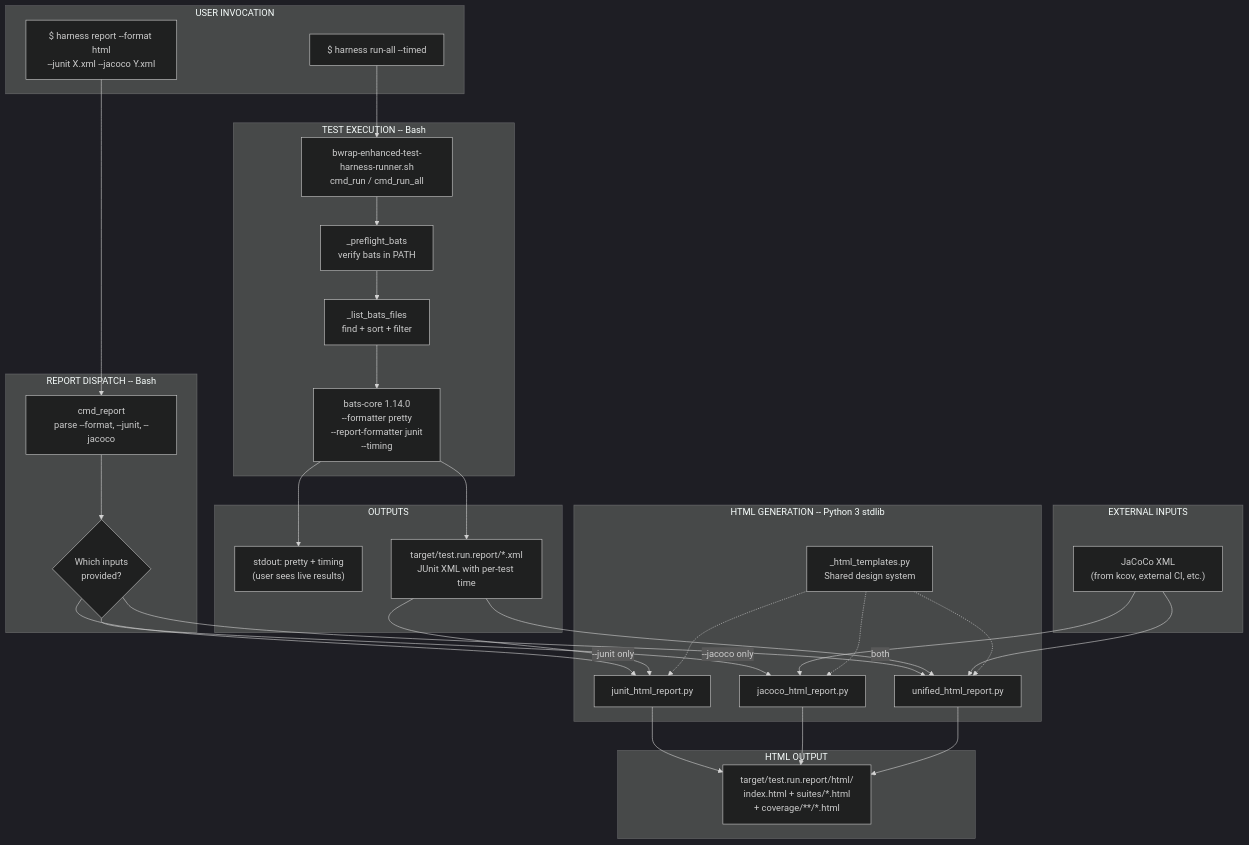
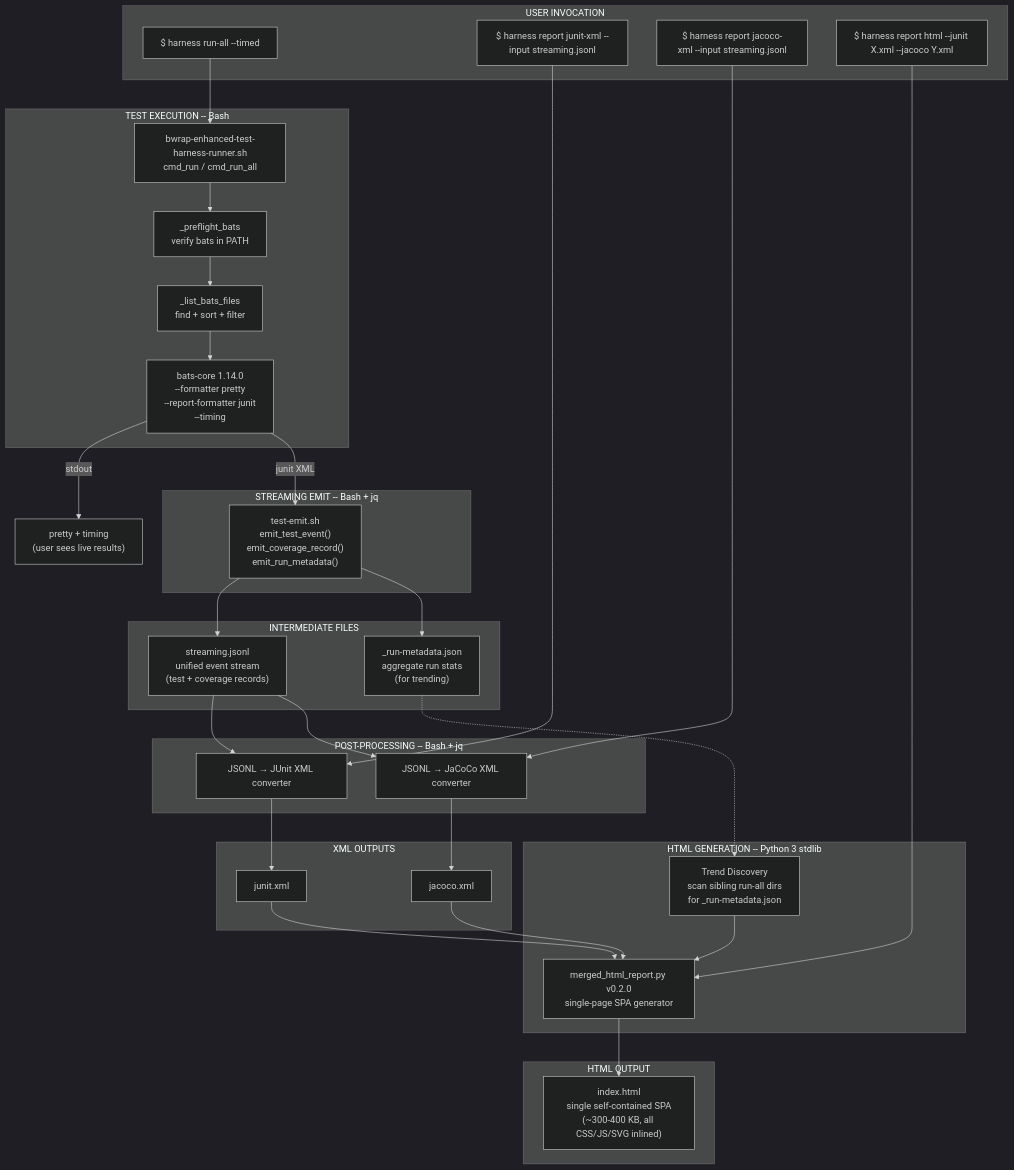
The fifth of 6 diagrams in PROJECT_HOME/docs/architecture-design-features-specs/bwrap-enhanced-architecture-design-features-specs/BwrapEnhanced2026.strat/FormalTestObservability.driv/UnifiedStructuredTestReporting.moti/TestHarnessSystem.sys/20260831-225530-034851-7a99-aba2-733798cb5a23-TestHarnessSystem.sys-0.0.1.md (hanasaki/hanaden-bwrap-enhanced), drawn with Mermaid (dark theme) before and after one commit. The commit also changed other lines of this file and 7 other files, not shown here.

````diff
--- a/PROJECT_HOME/docs/architecture-design-features-specs/bwrap-enhanced-architecture-design-features-specs/BwrapEnhanced2026.strat/FormalTestObservability.driv/UnifiedStructuredTestReporting.moti/TestHarnessSystem.sys/20260831-225530-034851-7a99-aba2-733798cb5a23-TestHarnessSystem.sys-0.0.1.md
+++ b/PROJECT_HOME/docs/architecture-design-features-specs/bwrap-enhanced-architecture-design-features-specs/BwrapEnhanced2026.strat/FormalTestObservability.driv/UnifiedStructuredTestReporting.moti/TestHarnessSystem.sys/20260831-225530-034851-7a99-aba2-733798cb5a23-TestHarnessSystem.sys-0.0.1.md
@@ -456,62 +469,63 @@
 ```mermaid
 flowchart TD
     subgraph "USER INVOCATION"
         U1["$ harness run-all --timed"]
-        U2["$ harness report --format html<br/>--junit X.xml --jacoco Y.xml"]
+        U2["$ harness report junit-xml --input streaming.jsonl"]
+        U3["$ harness report jacoco-xml --input streaming.jsonl"]
+        U4["$ harness report html --junit X.xml --jacoco Y.xml"]
     end
 
     subgraph "TEST EXECUTION -- Bash"
         HARNESS["bwrap-enhanced-test-harness-runner.sh<br/>cmd_run / cmd_run_all"]
         PREFLIGHT["_preflight_bats<br/>verify bats in PATH"]
         DISCOVER["_list_bats_files<br/>find + sort + filter"]
         BATS["bats-core 1.14.0<br/>--formatter pretty<br/>--report-formatter junit<br/>--timing"]
     end
 
-    subgraph "OUTPUTS"
-        CONSOLE["stdout: pretty + timing<br/>(user sees live results)"]
-        JUNITXML["target/test.run.report/*.xml<br/>JUnit XML with per-test time"]
+    subgraph "STREAMING EMIT -- Bash + jq"
+        EMIT["test-emit.sh<br/>emit_test_event()<br/>emit_coverage_record()<br/>emit_run_metadata()"]
     end
 
-    subgraph "EXTERNAL INPUTS"
-        EXTJACOCO["JaCoCo XML<br/>(from kcov, external CI, etc.)"]
+    subgraph "INTERMEDIATE FILES"
+        JSONL["streaming.jsonl<br/>unified event stream<br/>(test + coverage records)"]
+        META["_run-metadata.json<br/>aggregate run stats<br/>(for trending)"]
     end
 
-    subgraph "REPORT DISPATCH -- Bash"
-        REPORTCMD["cmd_report<br/>parse --format, --junit, --jacoco"]
-        DETECT{"Which inputs<br/>provided?"}
+    subgraph "POST-PROCESSING -- Bash + jq"
+        TOJUNIT["JSONL → JUnit XML converter"]
+        TOJACOCO["JSONL → JaCoCo XML converter"]
+    end
+
+    subgraph "XML OUTPUTS"
+        JUNITXML["junit.xml"]
+        JACOCOXML["jacoco.xml"]
     end
 
     subgraph "HTML GENERATION -- Python 3 stdlib"
-        JUNITH["junit_html_report.py"]
-        JACOH["jacoco_html_report.py"]
-        UNIFIEDH["unified_html_report.py"]
-        TMPL["_html_templates.py<br/>Shared design system"]
+        MERGED["merged_html_report.py v0.2.0<br/>single-page SPA generator"]
+        TRENDS["Trend Discovery<br/>scan sibling run-all dirs<br/>for _run-metadata.json"]
     end
 
     subgraph "HTML OUTPUT"
-        HTML["target/test.run.report/html/<br/>index.html + suites/*.html<br/>+ coverage/**/*.html"]
+        HTML["index.html<br/>single self-contained SPA<br/>(~300-400 KB, all CSS/JS/SVG inlined)"]
     end
 
     U1 --> HARNESS
     HARNESS --> PREFLIGHT --> DISCOVER --> BATS
-    BATS --> CONSOLE
-    BATS --> JUNITXML
+    BATS --> |stdout| CONSOLE["pretty + timing<br/>(user sees live results)"]
+    BATS --> |junit XML| EMIT
+    EMIT --> JSONL
+    EMIT --> META
 
-    U2 --> REPORTCMD --> DETECT
-    DETECT -- "--junit only" --> JUNITH
-    DETECT -- "--jacoco only" --> JACOH
-    DETECT -- "both" --> UNIFIEDH
+    U2 --> TOJUNIT
+    U3 --> TOJACOCO
+    JSONL --> TOJUNIT --> JUNITXML
+    JSONL --> TOJACOCO --> JACOCOXML
 
-    JUNITXML --> JUNITH
-    JUNITXML --> UNIFIEDH
-    EXTJACOCO --> JACOH
-    EXTJACOCO --> UNIFIEDH
-
-    JUNITH --> HTML
-    JACOH --> HTML
-    UNIFIEDH --> HTML
-
-    TMPL -.-> JUNITH
-    TMPL -.-> JACOH
-    TMPL -.-> UNIFIEDH
+    U4 --> MERGED
+    JUNITXML --> MERGED
+    JACOCOXML --> MERGED
+    TRENDS --> MERGED
+    META -.-> TRENDS
+    MERGED --> HTML
 ```
````
